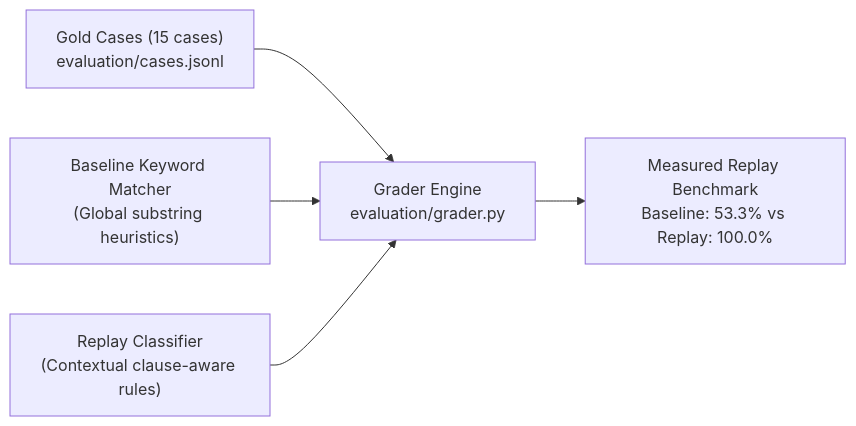
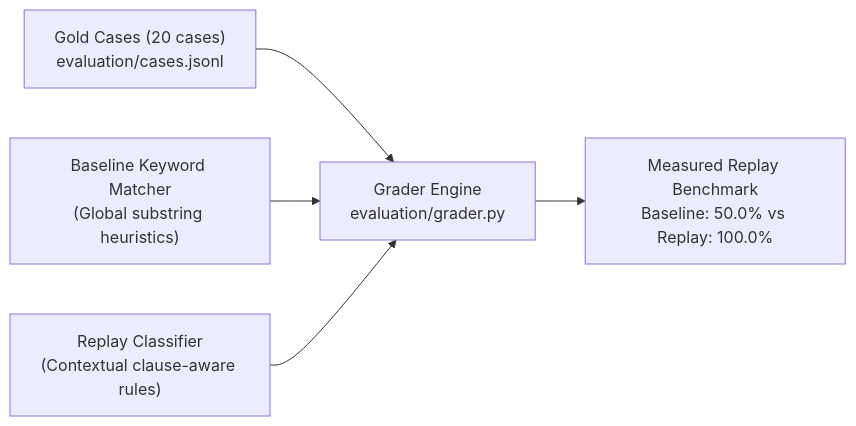
Before and after one commit to Adhi0303/Kasparro-AI-Visibility-Analysis: the diagram in docs/EVALUATION_AND_BENCHMARKS.md, drawn with Mermaid. The commit also changed other lines of this file and 34 other files, not shown here.

````diff
--- a/docs/EVALUATION_AND_BENCHMARKS.md
+++ b/docs/EVALUATION_AND_BENCHMARKS.md
@@ -29,7 +30,7 @@
 ```mermaid
 flowchart LR
-    GOLD["Gold Cases (15 cases)\nevaluation/cases.jsonl"] --> GRADER["Grader Engine\nevaluation/grader.py"]
+    GOLD["Gold Cases (20 cases)\nevaluation/cases.jsonl"] --> GRADER["Grader Engine\nevaluation/grader.py"]
     BASELINE["Baseline Keyword Matcher\n(Global substring heuristics)"] --> GRADER
     REPLAY["Replay Classifier\n(Contextual clause-aware rules)"] --> GRADER
-    GRADER --> RESULTS["Measured Replay Benchmark\nBaseline: 53.3% vs Replay: 100.0%"]
+    GRADER --> RESULTS["Measured Replay Benchmark\nBaseline: 50.0% vs Replay: 100.0%"]
 ```
````
